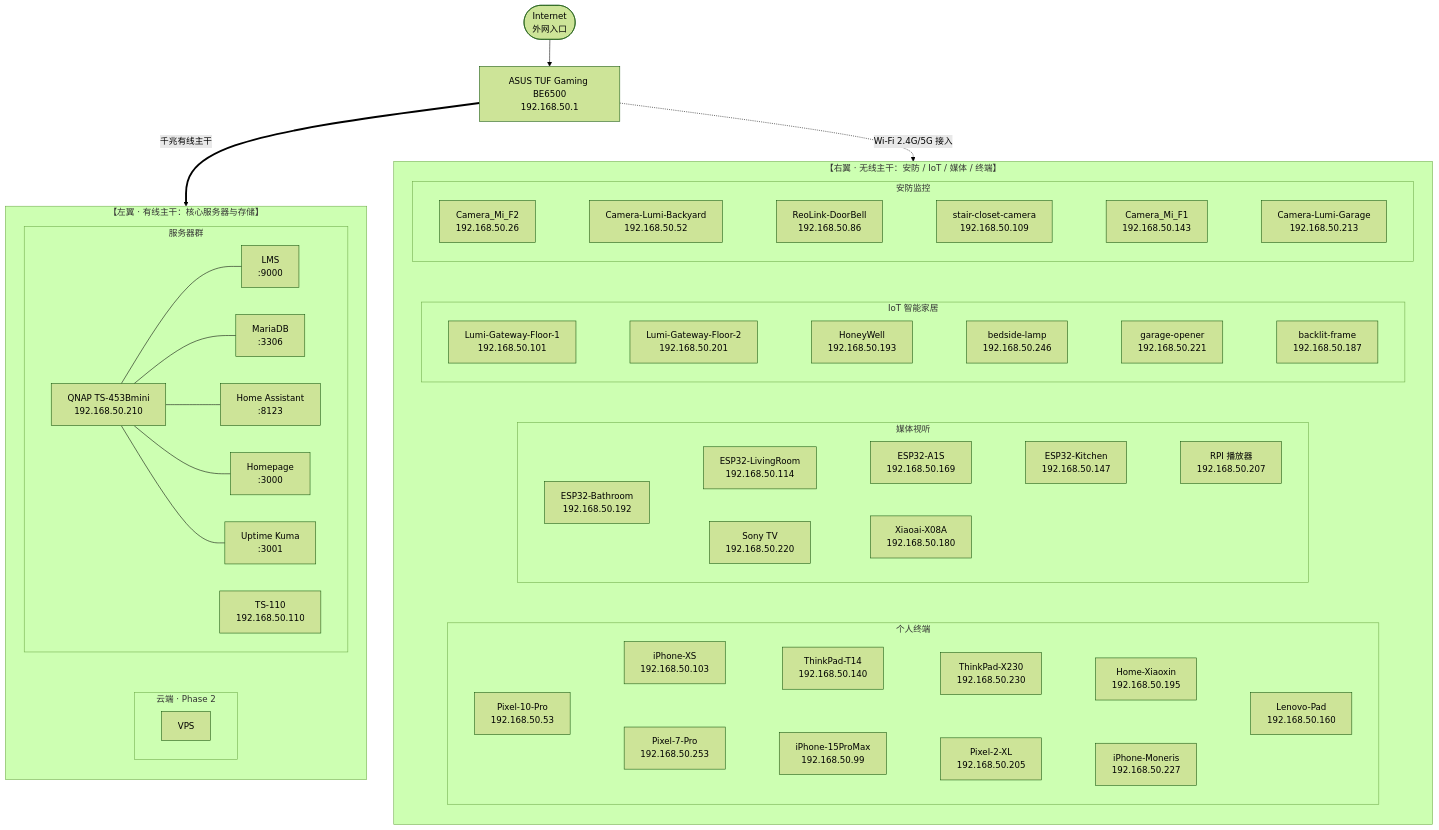
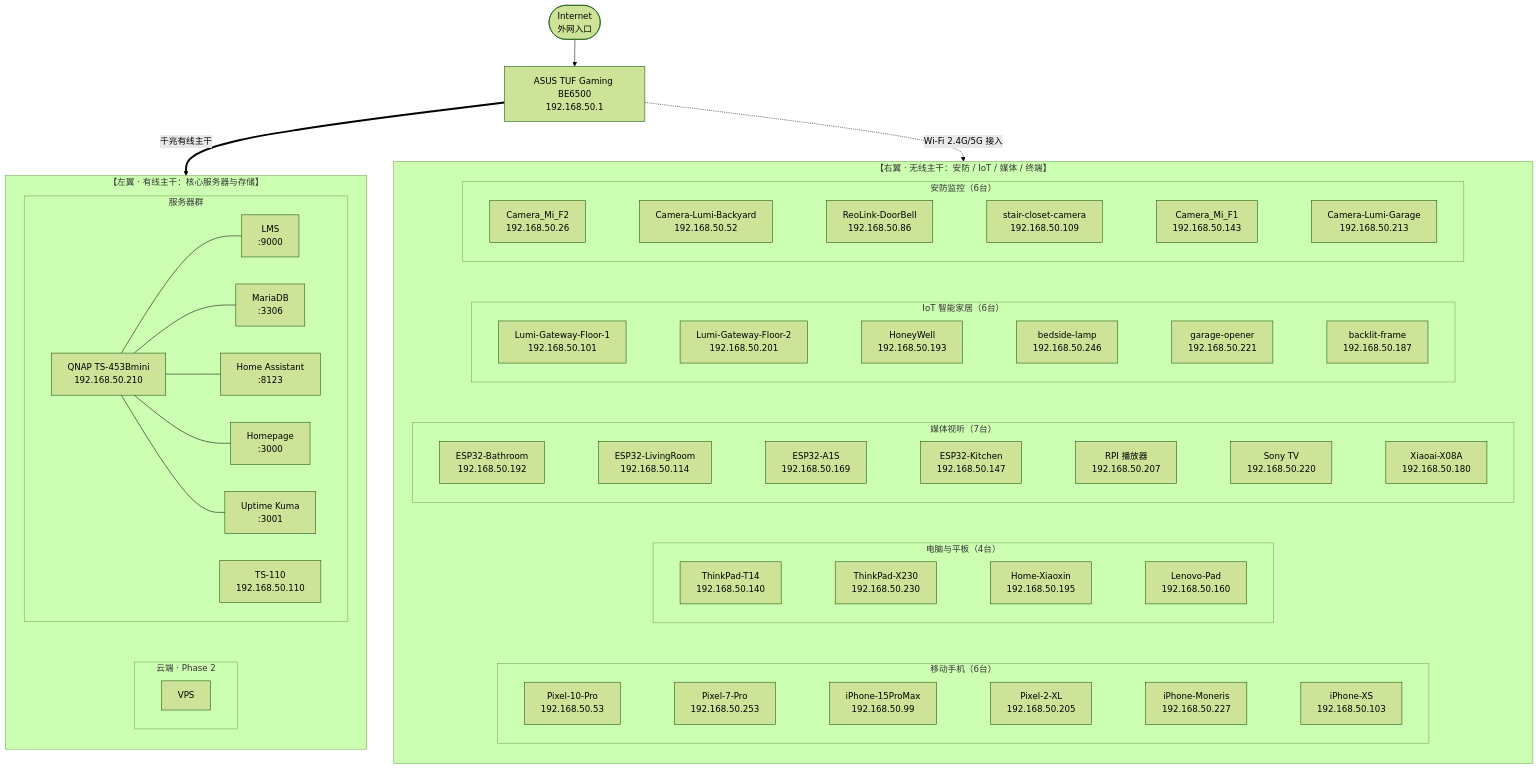
The diagram in output/topology.md (holefrog/Ansible_Topology), drawn with Mermaid (forest theme) before and after one commit. The commit also changed 2 other files, not shown here.

Commit message:
refactor: simplify and reorganize network topology mermaid diagram nodes and labels

```diff
--- a/output/topology.md
+++ b/output/topology.md
@@ -36,7 +36,7 @@
 
     subgraph Wireless ["【右翼 · 无线主干：安防 / IoT / 媒体 / 终端】"]
         direction TB
-        subgraph SG_Sec ["安防监控"]
+        subgraph SG_Sec ["安防监控（6台）"]
             direction LR
             D10["Camera_Mi_F2<br/>192.168.50.26"]
             D11["Camera-Lumi-Backyard<br/>192.168.50.52"]
@@ -46,7 +46,7 @@
             D15["Camera-Lumi-Garage<br/>192.168.50.213"]
             D10 ~~~ D11 ~~~ D12 ~~~ D13 ~~~ D14 ~~~ D15
         end
-        subgraph SG_IoT ["IoT 智能家居"]
+        subgraph SG_IoT ["IoT 智能家居（6台）"]
             direction LR
             D16["Lumi-Gateway-Floor-1<br/>192.168.50.101"]
             D17["Lumi-Gateway-Floor-2<br/>192.168.50.201"]
@@ -56,7 +56,7 @@
             D21["backlit-frame<br/>192.168.50.187"]
             D16 ~~~ D17 ~~~ D18 ~~~ D19 ~~~ D20 ~~~ D21
         end
-        subgraph SG_Media ["媒体视听"]
+        subgraph SG_Media ["媒体视听（7台）"]
             direction LR
             D22["ESP32-Bathroom<br/>192.168.50.192"]
             D23["ESP32-LivingRoom<br/>192.168.50.114"]
@@ -65,33 +65,28 @@
             D26["RPI 播放器<br/>192.168.50.207"]
             D27["Sony TV<br/>192.168.50.220"]
             D28["Xiaoai-X08A<br/>192.168.50.180"]
-            D22 ~~~ D23 ~~~ D24 ~~~ D25 ~~~ D26
-            D27 ~~~ D28
-            D22 ~~~ D27
-            D23 ~~~ D28
+            D22 ~~~ D23 ~~~ D24 ~~~ D25 ~~~ D26 ~~~ D27 ~~~ D28
         end
-        subgraph SG_Term ["个人终端"]
+        subgraph SG_PC ["电脑与平板（4台）"]
             direction LR
-            D29["Pixel-10-Pro<br/>192.168.50.53"]
-            D30["Pixel-7-Pro<br/>192.168.50.253"]
-            D31["iPhone-15ProMax<br/>192.168.50.99"]
-            D32["Pixel-2-XL<br/>192.168.50.205"]
-            D33["iPhone-Moneris<br/>192.168.50.227"]
-            D34["iPhone-XS<br/>192.168.50.103"]
-            D35["ThinkPad-T14<br/>192.168.50.140"]
-            D36["ThinkPad-X230<br/>192.168.50.230"]
-            D37["Home-Xiaoxin<br/>192.168.50.195"]
-            D38["Lenovo-Pad<br/>192.168.50.160"]
-            D29 ~~~ D30 ~~~ D31 ~~~ D32 ~~~ D33
-            D34 ~~~ D35 ~~~ D36 ~~~ D37 ~~~ D38
-            D29 ~~~ D34
-            D30 ~~~ D35
-            D31 ~~~ D36
-            D32 ~~~ D37
-            D33 ~~~ D38
+            D29["ThinkPad-T14<br/>192.168.50.140"]
+            D30["ThinkPad-X230<br/>192.168.50.230"]
+            D31["Home-Xiaoxin<br/>192.168.50.195"]
+            D32["Lenovo-Pad<br/>192.168.50.160"]
+            D29 ~~~ D30 ~~~ D31 ~~~ D32
+        end
+        subgraph SG_Mobile ["移动手机（6台）"]
+            direction LR
+            D33["Pixel-10-Pro<br/>192.168.50.53"]
+            D34["Pixel-7-Pro<br/>192.168.50.253"]
+            D35["iPhone-15ProMax<br/>192.168.50.99"]
+            D36["Pixel-2-XL<br/>192.168.50.205"]
+            D37["iPhone-Moneris<br/>192.168.50.227"]
+            D38["iPhone-XS<br/>192.168.50.103"]
+            D33 ~~~ D34 ~~~ D35 ~~~ D36 ~~~ D37 ~~~ D38
         end
 
-        SG_Sec ~~~ SG_IoT ~~~ SG_Media ~~~ SG_Term
+        SG_Sec ~~~ SG_IoT ~~~ SG_Media ~~~ SG_PC ~~~ SG_Mobile
     end
 
     D1 ==>|千兆有线主干| Wired
```
